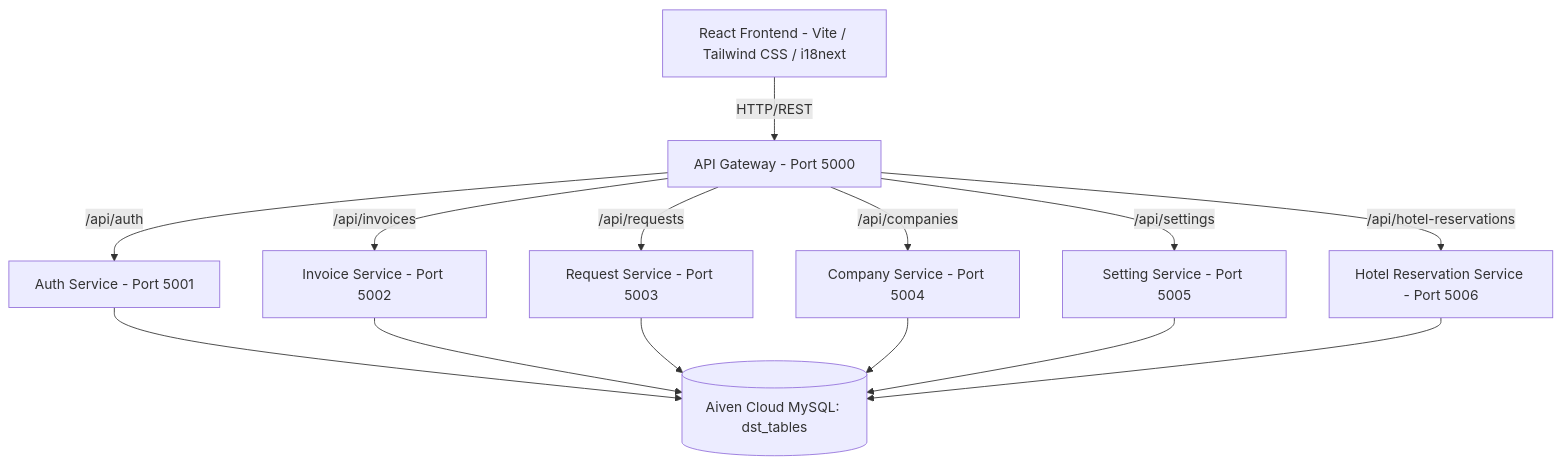
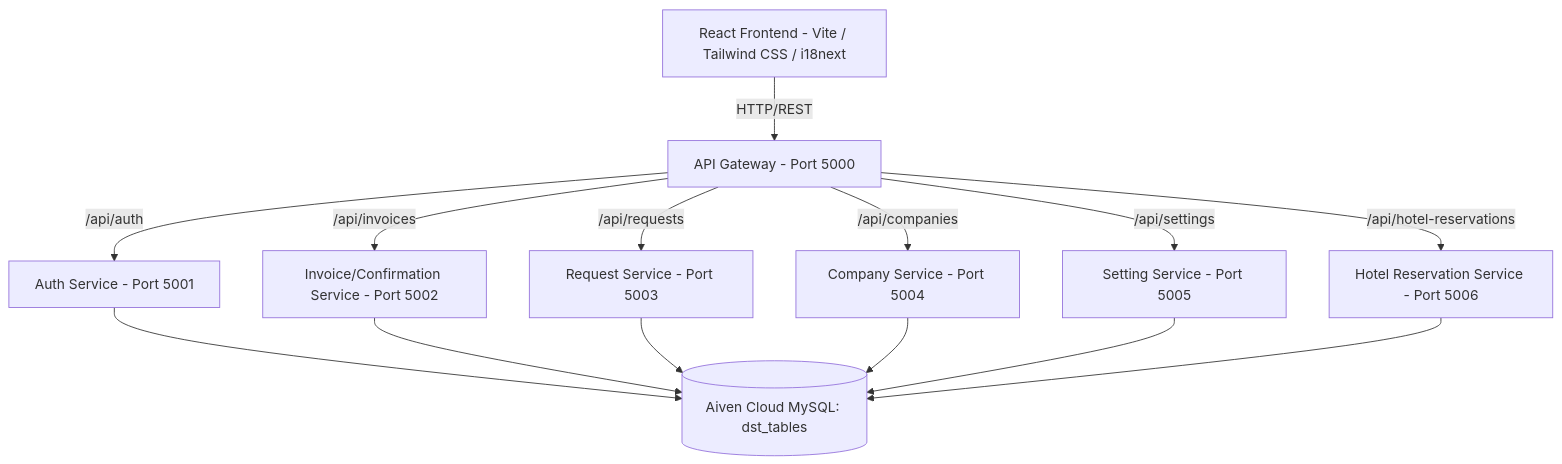
Before and after one commit to dimasalvarizk/finance-system: the first of 2 diagrams in README.md, drawn with Mermaid. The commit also changed other lines of this file, not shown here.

````diff
--- a/README.md
+++ b/README.md
@@ -13,18 +13,18 @@
 ```mermaid
 graph TD
     Client[React Frontend - Vite / Tailwind CSS / i18next] -->|HTTP/REST| Gateway[API Gateway - Port 5000]
     
     Gateway -->|/api/auth| AuthService[Auth Service - Port 5001]
-    Gateway -->|/api/invoices| InvoiceService[Invoice Service - Port 5002]
+    Gateway -->|/api/invoices| InvoiceService[Invoice/Confirmation Service - Port 5002]
     Gateway -->|/api/requests| RequestService[Request Service - Port 5003]
     Gateway -->|/api/companies| CompanyService[Company Service - Port 5004]
     Gateway -->|/api/settings| SettingService[Setting Service - Port 5005]
     Gateway -->|/api/hotel-reservations| HotelService[Hotel Reservation Service - Port 5006]
 
     AuthService --> Database[(Aiven Cloud MySQL: dst_tables)]
     InvoiceService --> Database
     RequestService --> Database
     CompanyService --> Database
     SettingService --> Database
     HotelService --> Database
 ```
````
